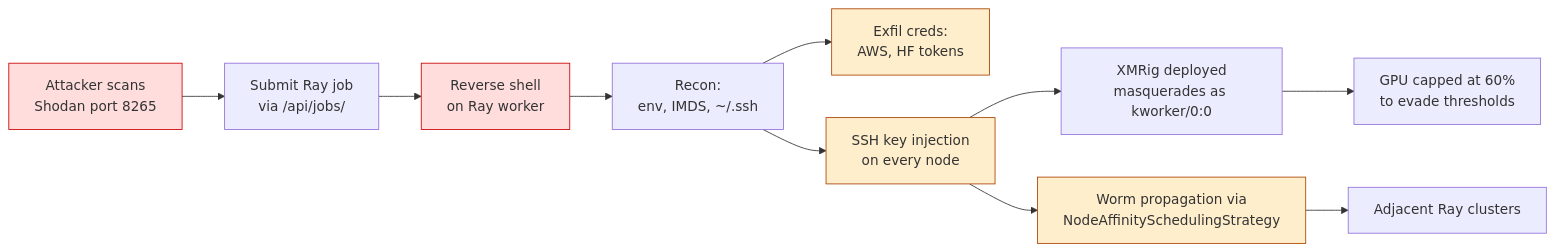
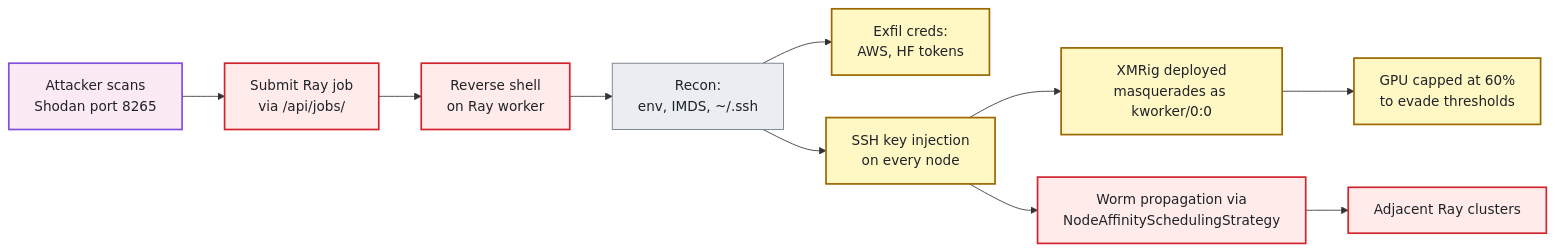
Before and after one commit to depalmar/ai-dfir-toolkit: the sixth of 8 diagrams in docs/ai-dfir-investigation-guide.md, drawn with Mermaid. The commit also changed other lines of this file, not shown here.

Commit message:
Restyle Mermaid diagrams with GitHub Primer palette for light/dark mode legibility

````diff
--- a/docs/ai-dfir-investigation-guide.md
+++ b/docs/ai-dfir-investigation-guide.md
@@ -409,18 +440,26 @@
 ```mermaid
 flowchart LR
     A[Attacker scans<br/>Shodan port 8265] --> B[Submit Ray job<br/>via /api/jobs/]
     B --> C[Reverse shell<br/>on Ray worker]
     C --> D[Recon:<br/>env, IMDS, ~/.ssh]
     D --> E[Exfil creds:<br/>AWS, HF tokens]
     D --> F[SSH key injection<br/>on every node]
     F --> G[XMRig deployed<br/>masquerades as kworker/0:0]
     G --> H[GPU capped at 60%<br/>to evade thresholds]
     F --> I[Worm propagation via<br/>NodeAffinitySchedulingStrategy]
     I --> J[Adjacent Ray clusters]
 
-    style A fill:#fdd,stroke:#c00
-    style C fill:#fdd,stroke:#c00
-    style E fill:#fec,stroke:#a40
-    style F fill:#fec,stroke:#a40
-    style I fill:#fec,stroke:#a40
+    classDef attacker fill:#fbe9f3,stroke:#8250df,stroke-width:2px,color:#1f2328
+    classDef initial fill:#ffebe9,stroke:#d1242f,stroke-width:2px,color:#1f2328
+    classDef exec fill:#ffebe9,stroke:#d1242f,stroke-width:2px,color:#1f2328
+    classDef pivot fill:#fff8c5,stroke:#9a6700,stroke-width:2px,color:#1f2328
+    classDef impact fill:#ffebe9,stroke:#d1242f,stroke-width:2px,color:#1f2328
+    classDef muted fill:#eaeef2,stroke:#6e7781,stroke-width:1px,color:#1f2328
+
+    class A attacker
+    class B initial
+    class C exec
+    class D muted
+    class E,F,G,H pivot
+    class I,J impact
 ```
````
